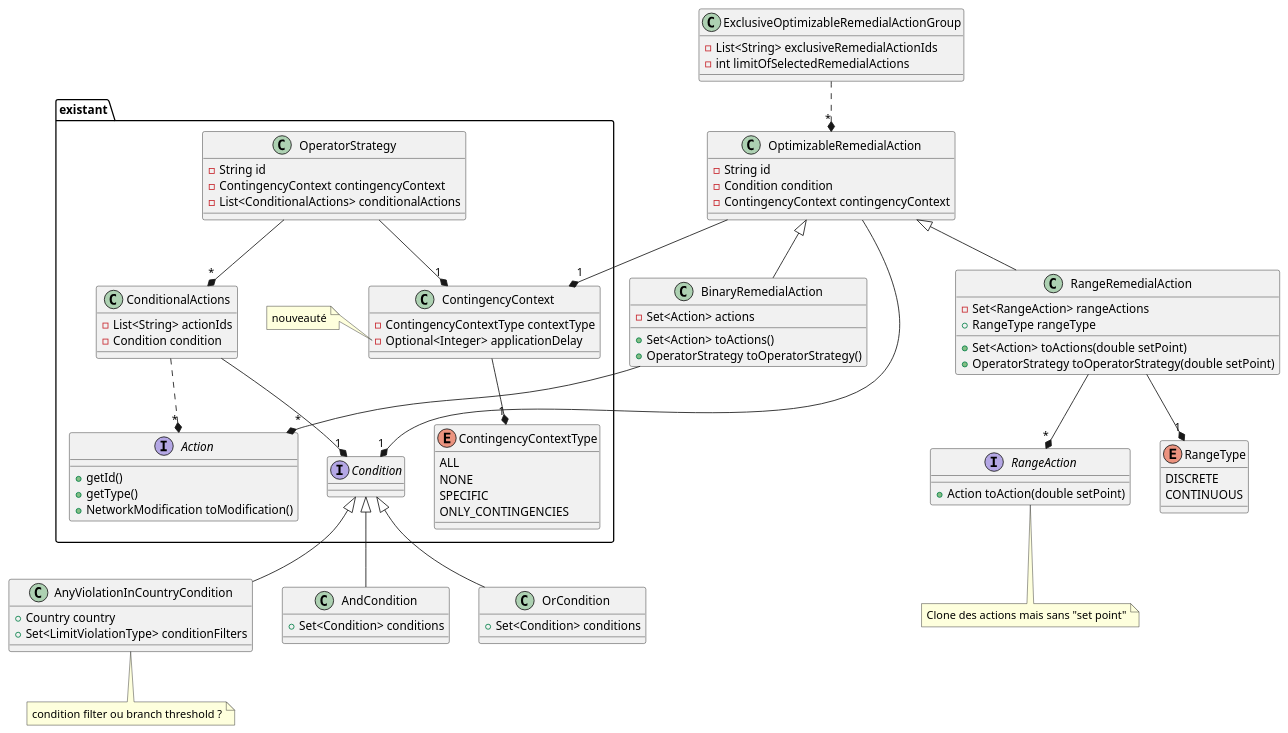
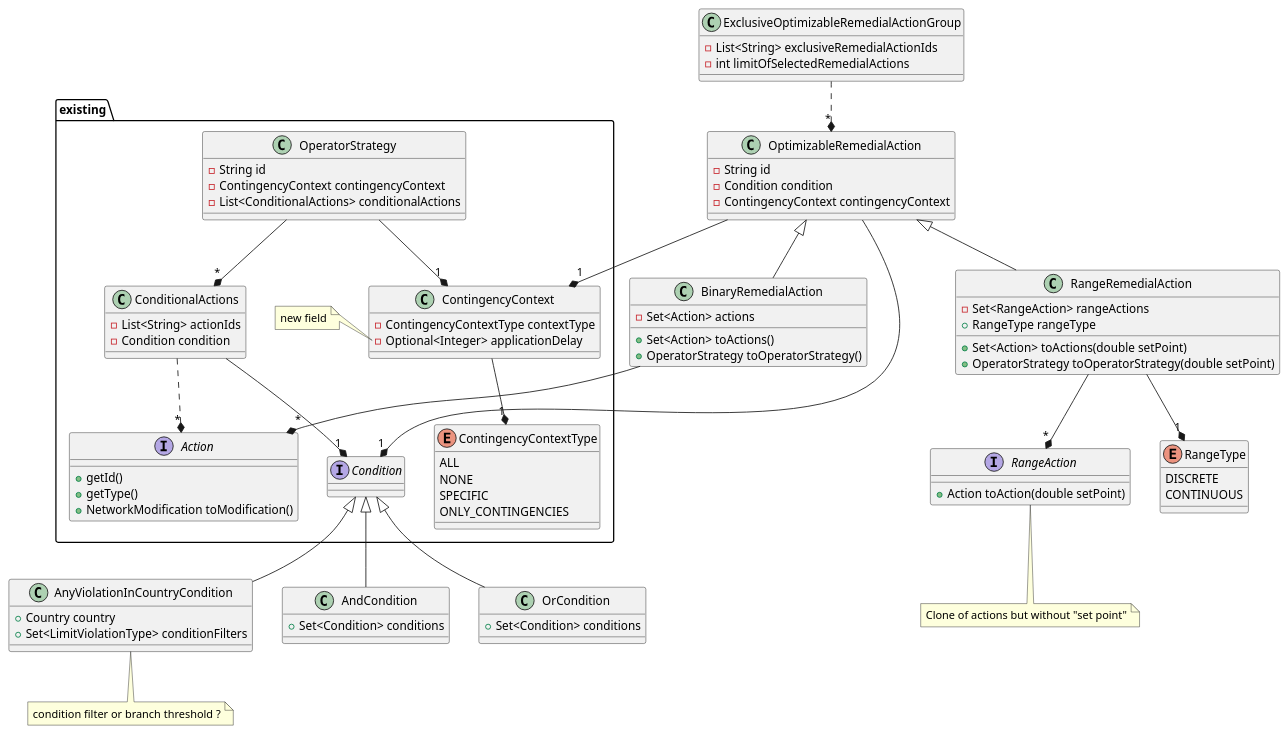
Before and after one commit to powsybl/powsybl-core: the diagram in docs/simulation/security/operatorStrategy_simple_future.puml, drawn with PlantUML.

Commit message:
To english

```diff
--- a/docs/simulation/security/operatorStrategy_simple_future.puml
+++ b/docs/simulation/security/operatorStrategy_simple_future.puml
@@ -1,111 +1,111 @@
 @startuml
 
-namespace existant {
+namespace existing {
 
 class OperatorStrategy {
   - String id
   - ContingencyContext contingencyContext
   - List<ConditionalActions> conditionalActions
 }
 OperatorStrategy --* "1" ContingencyContext
 OperatorStrategy --* "*" ConditionalActions
 
 interface Condition
 
 class ConditionalActions {
   - List<String> actionIds
   - Condition condition
 }
 ConditionalActions ..* "*" Action
 ConditionalActions --* "1" Condition
 
 class ContingencyContext {
   - ContingencyContextType contextType
   - Optional<Integer> applicationDelay
 }
 ContingencyContext --* "1" ContingencyContextType
 
 note left of ContingencyContext::applicationDelay
-  nouveauté
+  new field
 end note
 
 enum ContingencyContextType {
   ALL
   NONE
   SPECIFIC
   ONLY_CONTINGENCIES
 }
 
 interface Action {
   + getId()
   + getType()
   + NetworkModification toModification()
 }
 
 }
 
 Condition <|-- AndCondition
 Condition <|-- OrCondition
 Condition <|-- AnyViolationInCountryCondition
 
 class AndCondition {
   + Set<Condition> conditions
 }
 
 class OrCondition {
   + Set<Condition> conditions
 }
 
 class AnyViolationInCountryCondition {
  + Country country
  + Set<LimitViolationType> conditionFilters
 }
 
-note bottom: condition filter ou branch threshold ?
+note bottom: condition filter or branch threshold ?
 
 
 
 class OptimizableRemedialAction {
   - String id
   - Condition condition
   - ContingencyContext contingencyContext
 }
 OptimizableRemedialAction --* "1" Condition
 OptimizableRemedialAction --* "1" ContingencyContext
 OptimizableRemedialAction <|-- BinaryRemedialAction
 OptimizableRemedialAction <|-- RangeRemedialAction
 
 class BinaryRemedialAction {
   - Set<Action> actions
   + Set<Action> toActions()
   + OperatorStrategy toOperatorStrategy()
 }
 BinaryRemedialAction --* "*" Action
 
 class RangeRemedialAction {
   - Set<RangeAction> rangeActions
   + RangeType rangeType
   + Set<Action> toActions(double setPoint)
   + OperatorStrategy toOperatorStrategy(double setPoint)
 }
 RangeRemedialAction --* "*" RangeAction
 RangeRemedialAction --* "1" RangeType
 
 enum RangeType {
   DISCRETE
   CONTINUOUS
 }
 
 interface RangeAction {
   + Action toAction(double setPoint)
 }
-note bottom: Clone des actions mais sans "set point"
+note bottom: Clone of actions but without "set point"
 
 class ExclusiveOptimizableRemedialActionGroup {
   - List<String> exclusiveRemedialActionIds
   - int limitOfSelectedRemedialActions
 }
 ExclusiveOptimizableRemedialActionGroup ..* "*" OptimizableRemedialAction
 
 
 @enduml
```
